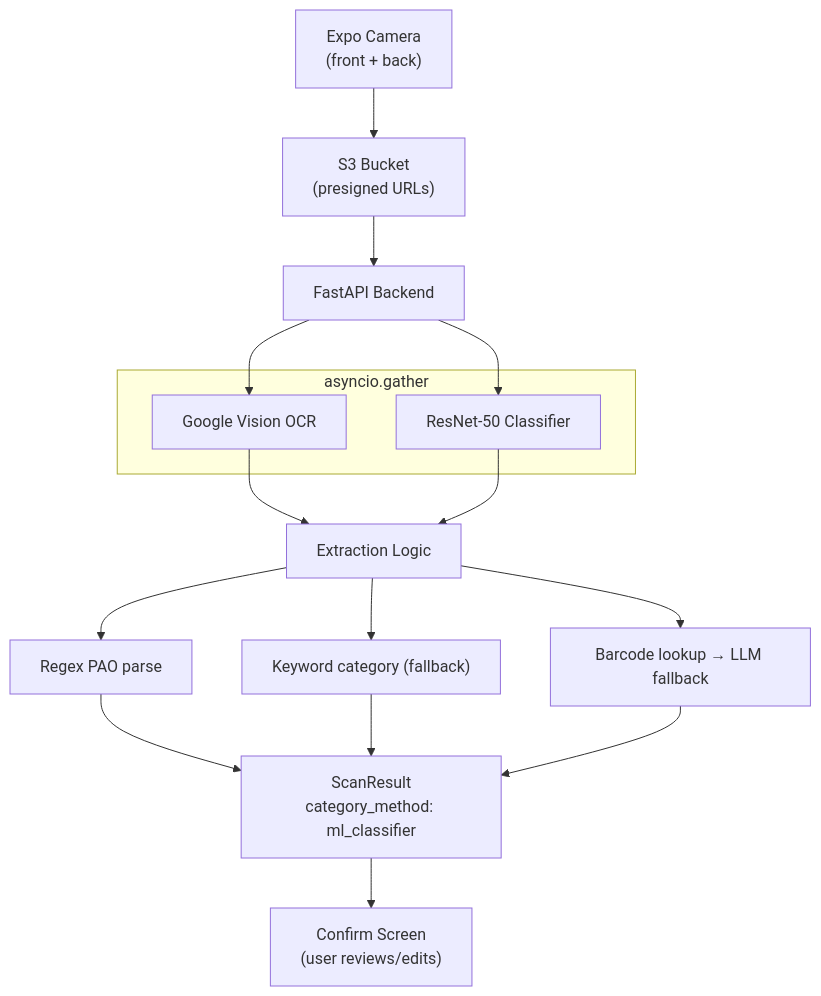
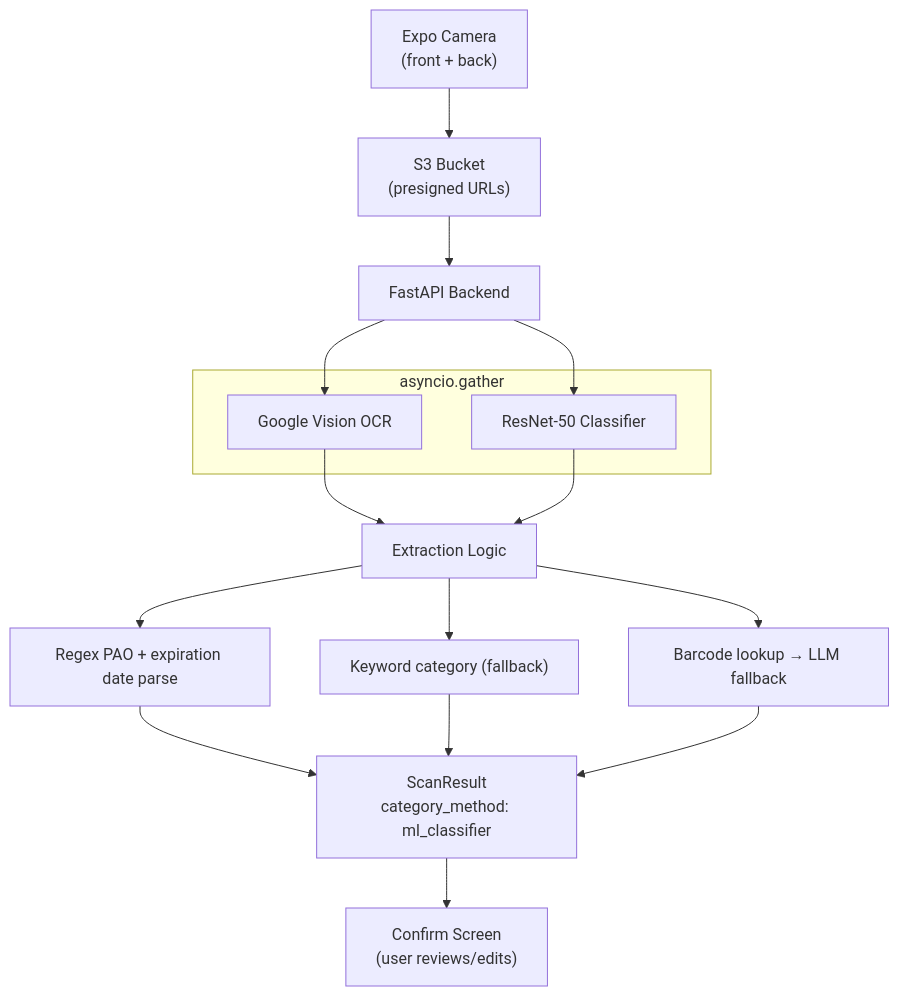
One commit to linettekuhn/glasskyn changed the first of 2 diagrams in README.md. Above: the diagram before and after it, drawn with Mermaid. The commit also changed other lines of this file, not shown here.

````diff
--- a/README.md
+++ b/README.md
@@ -30,26 +34,26 @@
 ```mermaid
 flowchart TD
     A["Expo Camera<br/>(front + back)"] --> B["S3 Bucket<br/>(presigned URLs)"]
     B --> C["FastAPI Backend"]
 
     subgraph Concurrent["asyncio.gather"]
         D["Google Vision OCR"]
         E["ResNet-50 Classifier"]
     end
 
     C --> D
     C --> E
 
     D --> F["Extraction Logic"]
     E --> F
 
-    F --> F1["Regex PAO parse"]
+    F --> F1["Regex PAO + expiration date parse"]
     F --> F2["Keyword category (fallback)"]
     F --> F3["Barcode lookup → LLM fallback"]
 
     F1 --> G["ScanResult<br/>category_method: ml_classifier"]
     F2 --> G
     F3 --> G
 
     G --> H["Confirm Screen<br/>(user reviews/edits)"]
 ```
````
